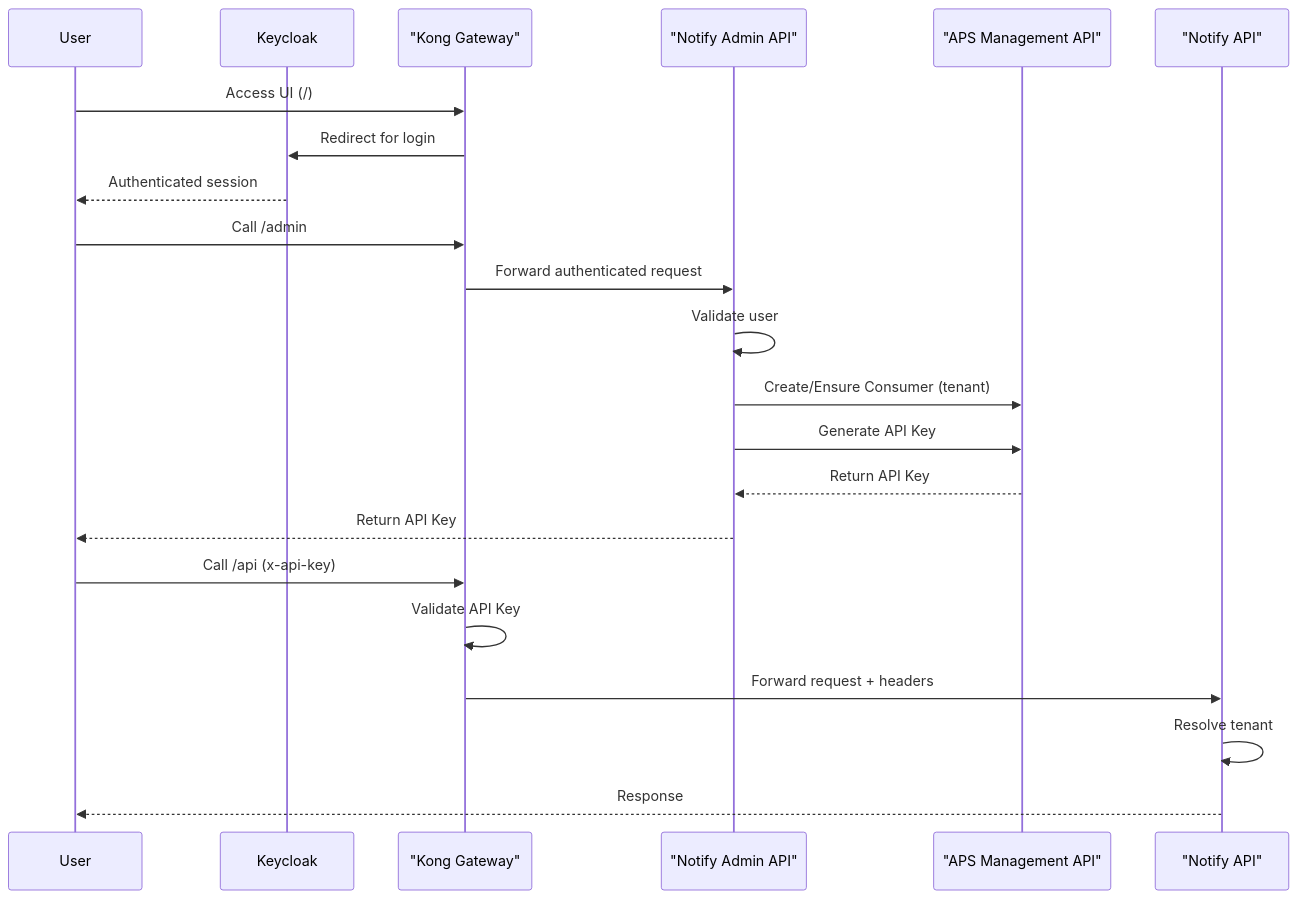
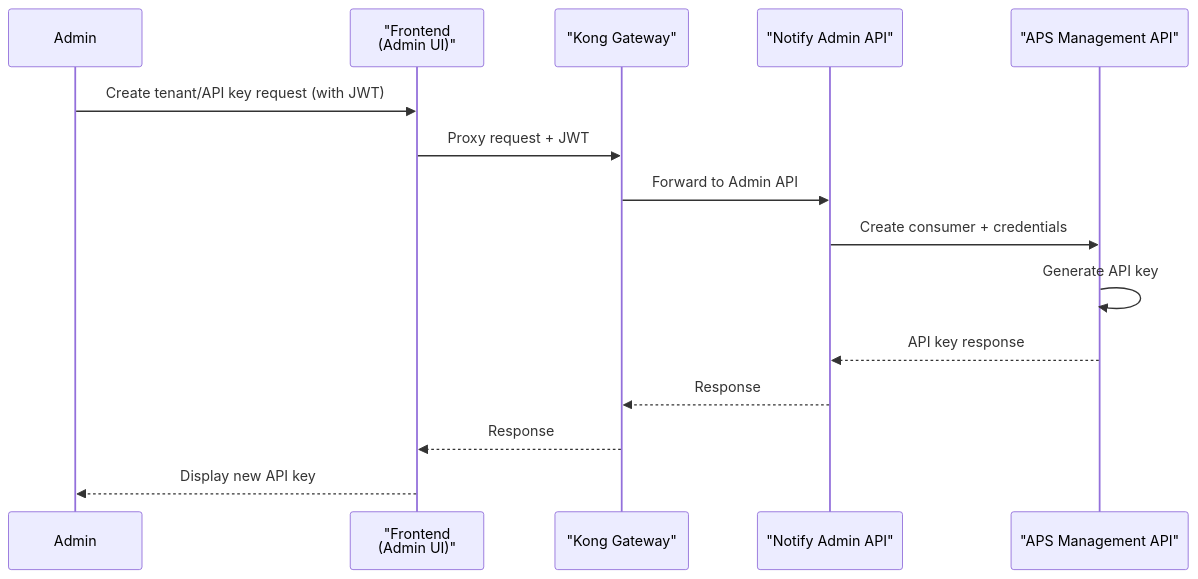
Before and after one commit to bcgov/common-notify: the fourth of 5 diagrams in notify_api_gateway_architecture_v2.md, drawn with Mermaid. The commit also changed other lines of this file and 5 other files, not shown here.

````diff
--- a/notify_api_gateway_architecture_v2.md
+++ b/notify_api_gateway_architecture_v2.md
@@ -54,30 +120,18 @@
 ```mermaid
 sequenceDiagram
-    participant User
-    participant Keycloak
+    participant Admin
+    participant Frontend as "Frontend<br/>(Admin UI)"
     participant Kong as "Kong Gateway"
     participant AdminAPI as "Notify Admin API"
     participant APS as "APS Management API"
-    participant Notify as "Notify API"
 
-    %% --- Admin Flow ---
-    User->>Kong: Access UI (/)
-    Kong->>Keycloak: Redirect for login
-    Keycloak-->>User: Authenticated session
-
-    User->>Kong: Call /admin
-    Kong->>AdminAPI: Forward authenticated request
-    AdminAPI->>AdminAPI: Validate user
-
-    AdminAPI->>APS: Create/Ensure Consumer (tenant)
-    AdminAPI->>APS: Generate API Key
-    APS-->>AdminAPI: Return API Key
-    AdminAPI-->>User: Return API Key
-
-    %% --- API Flow ---
-    User->>Kong: Call /api (x-api-key)
-    Kong->>Kong: Validate API Key
-    Kong->>Notify: Forward request + headers
-    Notify->>Notify: Resolve tenant
-    Notify-->>User: Response
+    Admin->>Frontend: Create tenant/API key request (with JWT)
+    Frontend->>Kong: Proxy request + JWT
+    Kong->>AdminAPI: Forward to Admin API
+    AdminAPI->>APS: Create consumer + credentials
+    APS->>APS: Generate API key
+    APS-->>AdminAPI: API key response
+    AdminAPI-->>Kong: Response
+    Kong-->>Frontend: Response
+    Frontend-->>Admin: Display new API key
 ```
````
